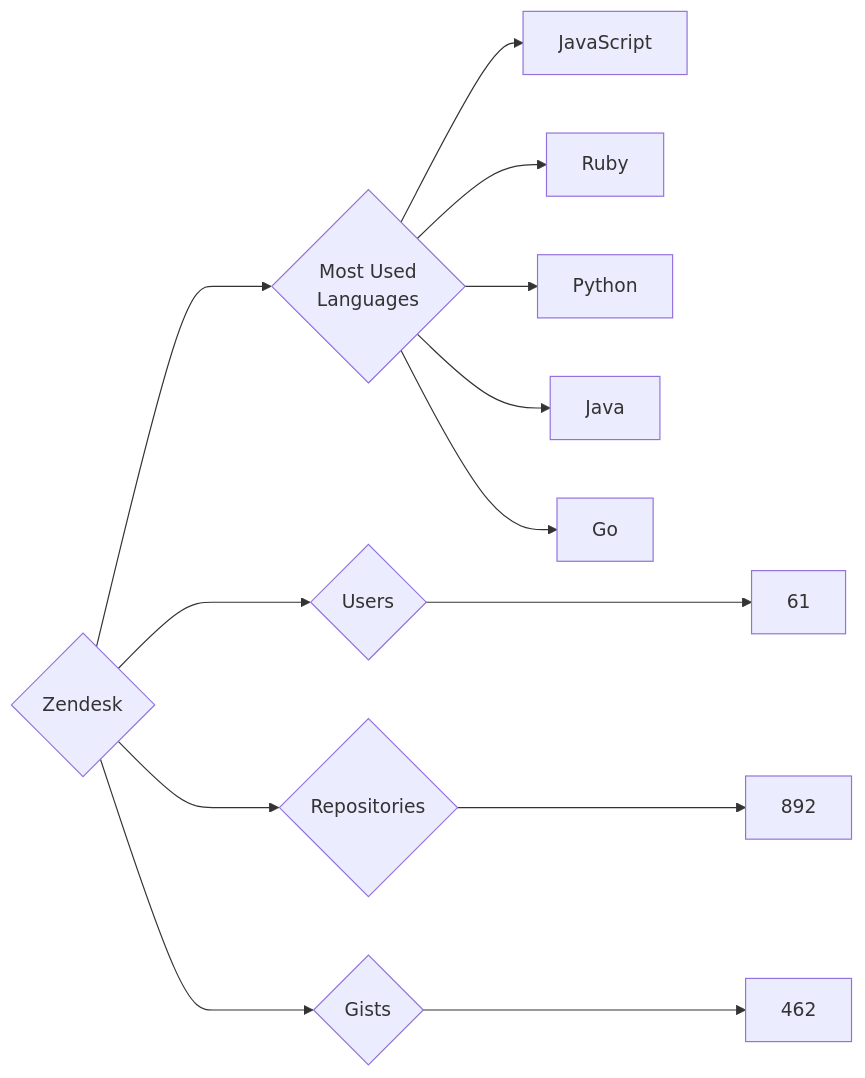
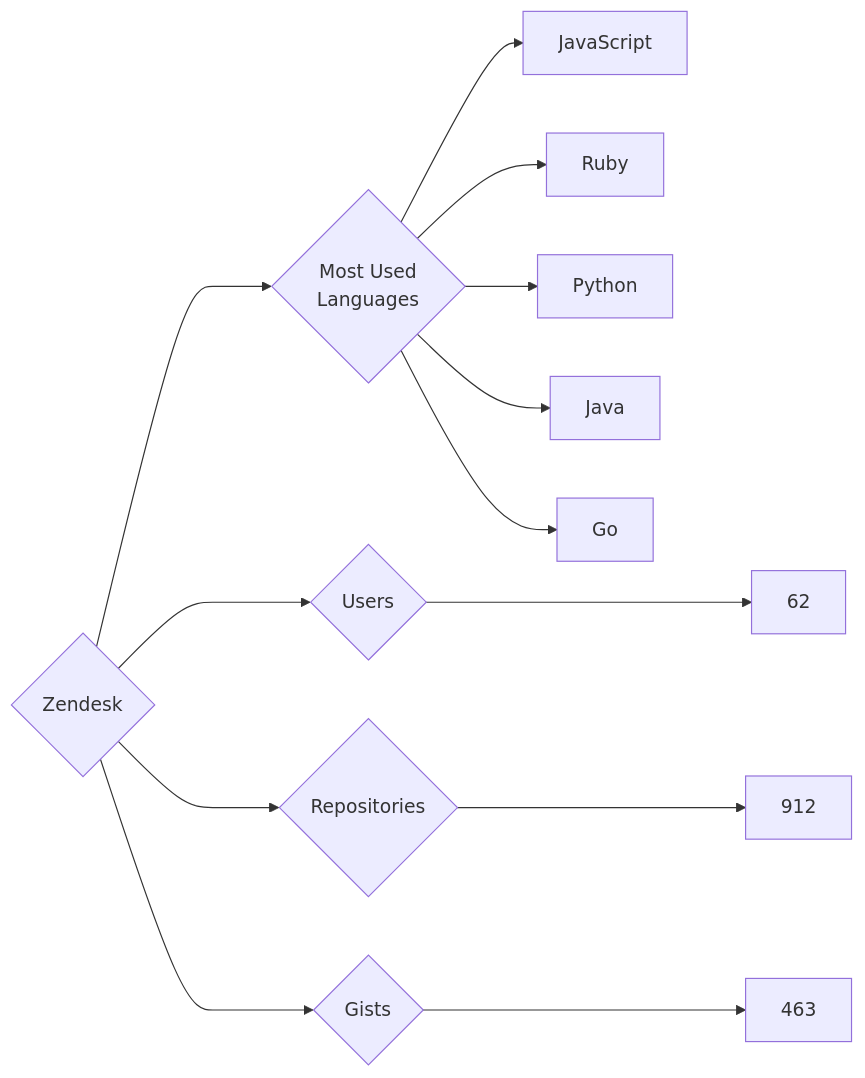
Before and after one commit to trickest/insiders: the diagram in targets/Zendesk/README.md, drawn with Mermaid. The commit also changed 728 other files, not shown here.

````diff
--- a/targets/Zendesk/README.md
+++ b/targets/Zendesk/README.md
@@ -3,13 +3,13 @@
 ```mermaid
 graph LR
 COMPANY_NAME{Zendesk}
-COMPANY_NAME ---> U{Users} ---> UN[61]
-COMPANY_NAME ---> R{Repositories} ---> RN[892]
-COMPANY_NAME ---> G{Gists} ---> GN[462]
+COMPANY_NAME ---> U{Users} ---> UN[62]
+COMPANY_NAME ---> R{Repositories} ---> RN[912]
+COMPANY_NAME ---> G{Gists} ---> GN[463]
 COMPANY_NAME ---> ML{Most Used<br>Languages}
 ML --> JavaScript[JavaScript]
 ML --> Ruby[Ruby]
 ML --> Python[Python]
 ML --> Java[Java]
 ML --> Go[Go]
 ```
````
